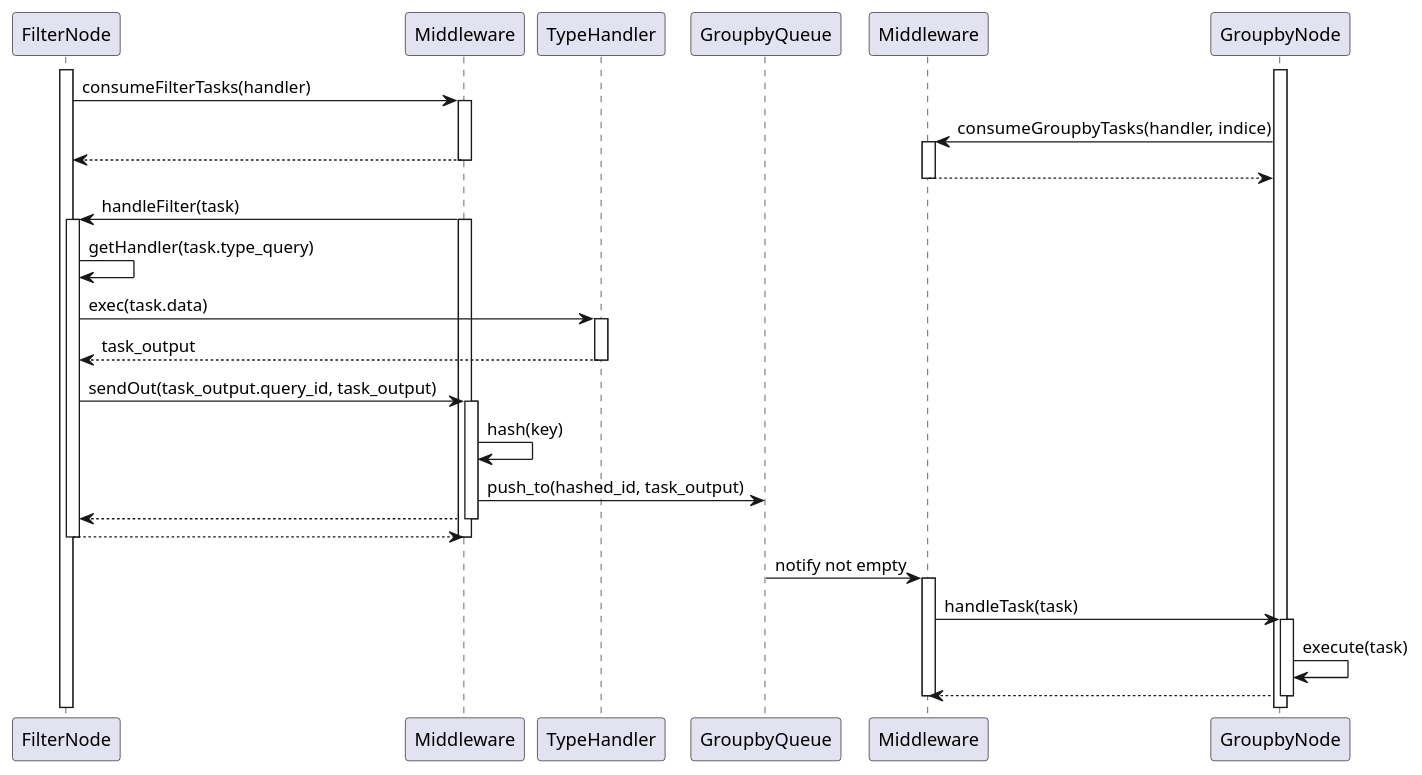
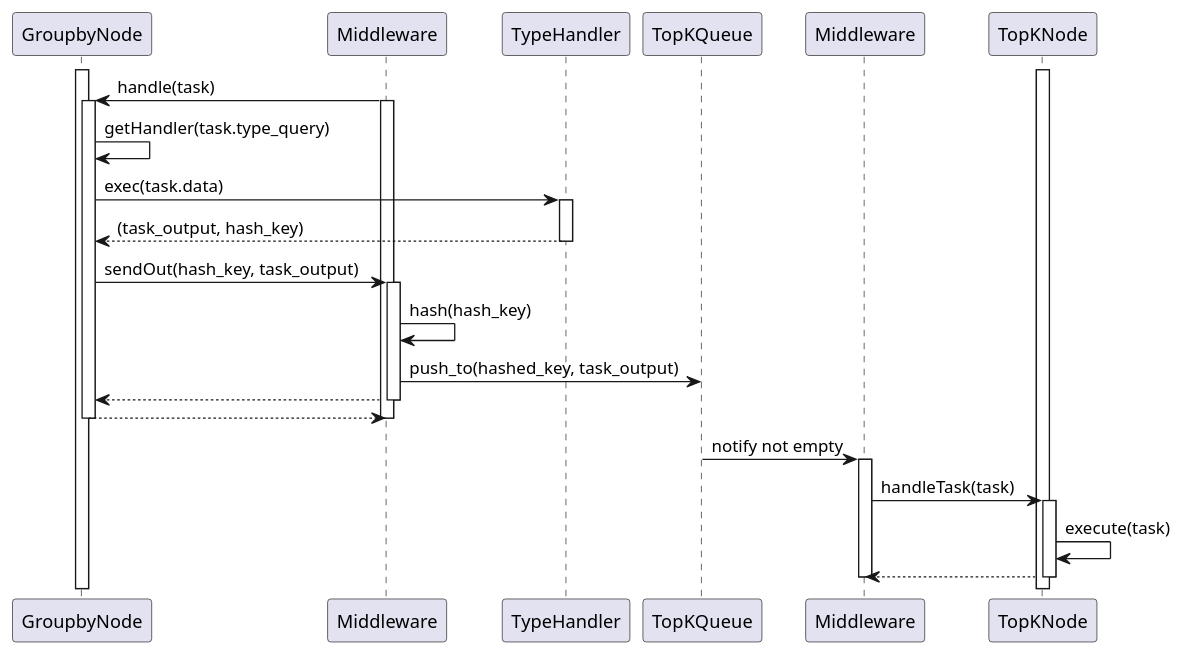
One commit to SebastianVintonuke/TA050-TP-Design changed the diagram in src/seq/new_groupby_node.puml. Above: the diagram before and after it, drawn with PlantUML. The commit also changed 1 other file, not shown here.

Commit message:
real diagrams

```diff
--- a/src/seq/new_groupby_node.puml
+++ b/src/seq/new_groupby_node.puml
@@ -1,58 +1,48 @@
 @startuml
 
-participant FilterNode
+participant GroupbyNode
 participant Middleware
 participant TypeHandler
-participant GroupbyQueue
-participant Middleware as MiddlewareGroupBy
-participant GroupbyNode
+participant TopKQueue
+participant Middleware as MiddlewareTopK
+participant TopKNode
+activate TopKNode
 activate GroupbyNode
-activate FilterNode
 
-FilterNode-> Middleware : consumeFilterTasks(handler)
+Middleware -> GroupbyNode: handle(task)
+activate GroupbyNode
 activate Middleware
-GroupbyNode-> MiddlewareGroupBy : consumeGroupbyTasks(handler, indice)
-activate MiddlewareGroupBy
-Middleware-->FilterNode: 
-deactivate Middleware
 
-MiddlewareGroupBy-->GroupbyNode: 
-deactivate MiddlewareGroupBy
+GroupbyNode-> GroupbyNode: getHandler(task.type_query)
+GroupbyNode-> TypeHandler : exec(task.data)
+activate TypeHandler
+TypeHandler --> GroupbyNode: (task_output, hash_key)
+deactivate TypeHandler
+
+GroupbyNode -> Middleware: sendOut(hash_key, task_output)
+activate Middleware
 
 
-Middleware -> FilterNode: handleFilter(task)
-activate FilterNode
-activate Middleware
+Middleware->Middleware: hash(hash_key)
+Middleware -> TopKQueue: push_to(hashed_key, task_output)
 
-FilterNode-> FilterNode: getHandler(task.type_query)
-FilterNode-> TypeHandler : exec(task.data)
-activate TypeHandler
-TypeHandler --> FilterNode: task_output
-deactivate TypeHandler
-
-FilterNode -> Middleware: sendOut(task_output.query_id, task_output)
-activate Middleware
-
-Middleware->Middleware: hash(key)
-Middleware -> GroupbyQueue: push_to(hashed_id, task_output)
-
-Middleware -->FilterNode: 
+Middleware -->GroupbyNode: 
 deactivate Middleware
-FilterNode --> Middleware :
-deactivate FilterNode
+GroupbyNode --> Middleware :
+deactivate GroupbyNode
 deactivate Middleware
 
 
-GroupbyQueue -> MiddlewareGroupBy: notify not empty
-activate MiddlewareGroupBy
+TopKQueue -> MiddlewareTopK: notify not empty
+activate MiddlewareTopK
 
-MiddlewareGroupBy -> GroupbyNode : handleTask(task)
-activate GroupbyNode
+MiddlewareTopK -> TopKNode : handleTask(task)
+activate TopKNode
 
-GroupbyNode->GroupbyNode: execute(task)
-GroupbyNode--> MiddlewareGroupBy :
-deactivate MiddlewareGroupBy
-deactivate GroupbyNode
+TopKNode->TopKNode: execute(task)
+TopKNode--> MiddlewareTopK :
+deactivate MiddlewareTopK
+deactivate TopKNode
 
 
 @enduml
```
